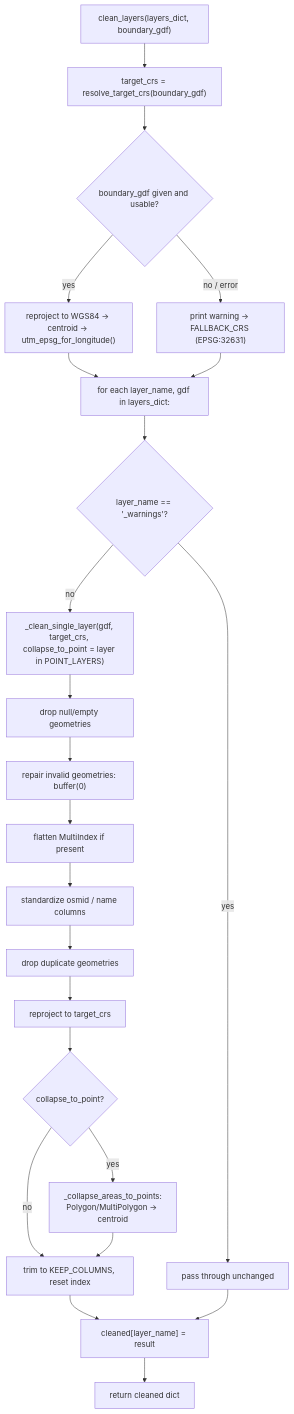
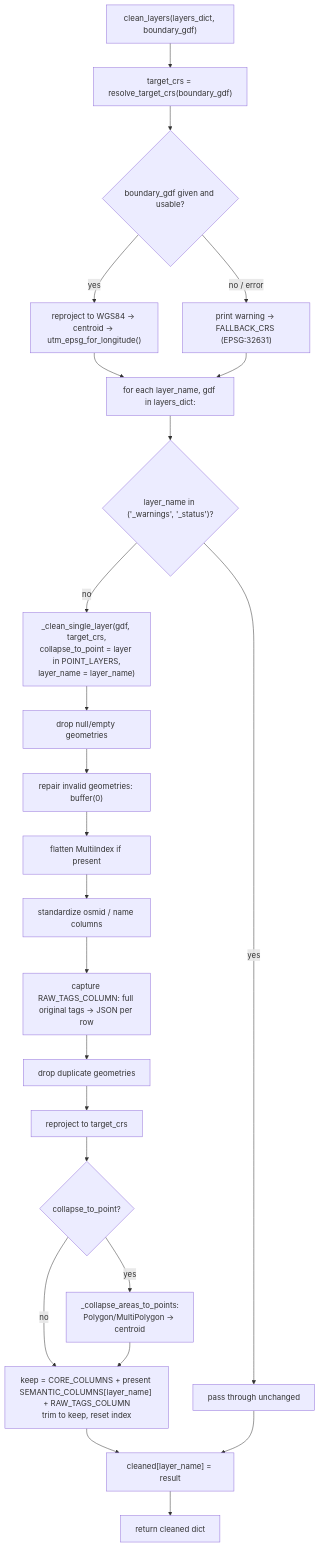
The diagram in docs/lga-osm-extractor/modules/clean.md (Mapkathon2026-UseOSM/UseOSM_Mapkathon-Submission-documentation), drawn with Mermaid before and after one commit. The commit also changed other lines of this file and 19 other files, not shown here.

````diff
--- a/docs/lga-osm-extractor/modules/clean.md
+++ b/docs/lga-osm-extractor/modules/clean.md
@@ -118,25 +178,26 @@
 ```mermaid
 flowchart TD
     A["clean_layers(layers_dict, boundary_gdf)"] --> B["target_crs = resolve_target_crs(boundary_gdf)"]
     B --> C{boundary_gdf given and usable?}
     C -- yes --> D["reproject to WGS84 → centroid → utm_epsg_for_longitude()"]
     C -- no / error --> E["print warning → FALLBACK_CRS (EPSG:32631)"]
     D --> F
     E --> F["for each layer_name, gdf in layers_dict:"]
-    F --> G{layer_name == '_warnings'?}
+    F --> G{"layer_name in ('_warnings', '_status')?"}
     G -- yes --> H["pass through unchanged"]
-    G -- no --> I["_clean_single_layer(gdf, target_crs, collapse_to_point = layer in POINT_LAYERS)"]
+    G -- no --> I["_clean_single_layer(gdf, target_crs,<br/>collapse_to_point = layer in POINT_LAYERS,<br/>layer_name = layer_name)"]
     I --> J["drop null/empty geometries"]
     J --> K["repair invalid geometries: buffer(0)"]
     K --> L["flatten MultiIndex if present"]
     L --> M["standardize osmid / name columns"]
-    M --> N["drop duplicate geometries"]
+    M --> M2["capture RAW_TAGS_COLUMN: full original tags → JSON per row"]
+    M2 --> N["drop duplicate geometries"]
     N --> O["reproject to target_crs"]
     O --> P{collapse_to_point?}
     P -- yes --> Q["_collapse_areas_to_points:<br/>Polygon/MultiPolygon → centroid"]
     P -- no --> R
-    Q --> R["trim to KEEP_COLUMNS, reset index"]
+    Q --> R["keep = CORE_COLUMNS + present SEMANTIC_COLUMNS[layer_name] + RAW_TAGS_COLUMN<br/>trim to keep, reset index"]
     R --> S["cleaned[layer_name] = result"]
     H --> S
     S --> T["return cleaned dict"]
 ```
````
